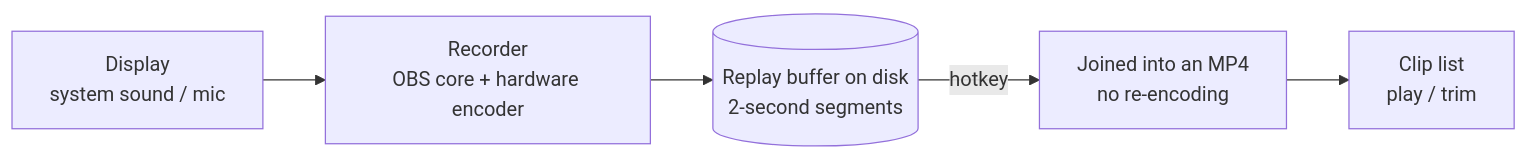
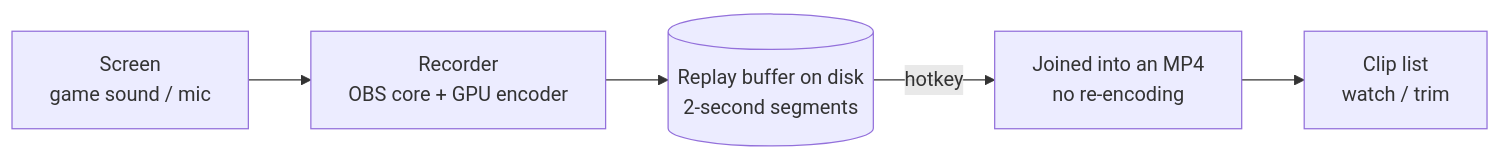
The diagram in README.en.md (Lunafreya123/ReplayClipper), drawn with Mermaid before and after one commit. The commit also changed other lines of this file and 1 other file, not shown here.

````diff
--- a/README.en.md
+++ b/README.en.md
@@ -100,7 +103,7 @@
 ```mermaid
 flowchart LR
-    A["Display<br>system sound / mic"] --> B["Recorder<br>OBS core + hardware encoder"]
+    A["Screen<br>game sound / mic"] --> B["Recorder<br>OBS core + GPU encoder"]
     B --> C[("Replay buffer on disk<br>2-second segments")]
     C -- "hotkey" --> D["Joined into an MP4<br>no re-encoding"]
-    D --> E["Clip list<br>play / trim"]
+    D --> E["Clip list<br>watch / trim"]
 ```
````
